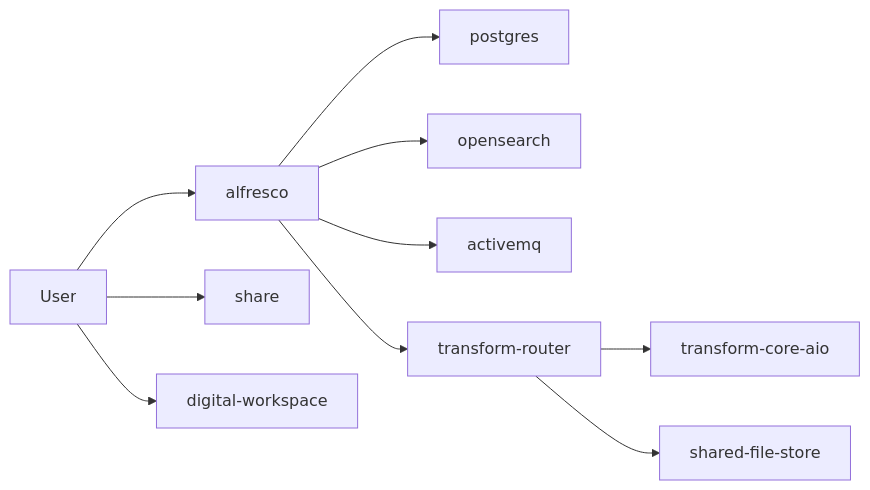
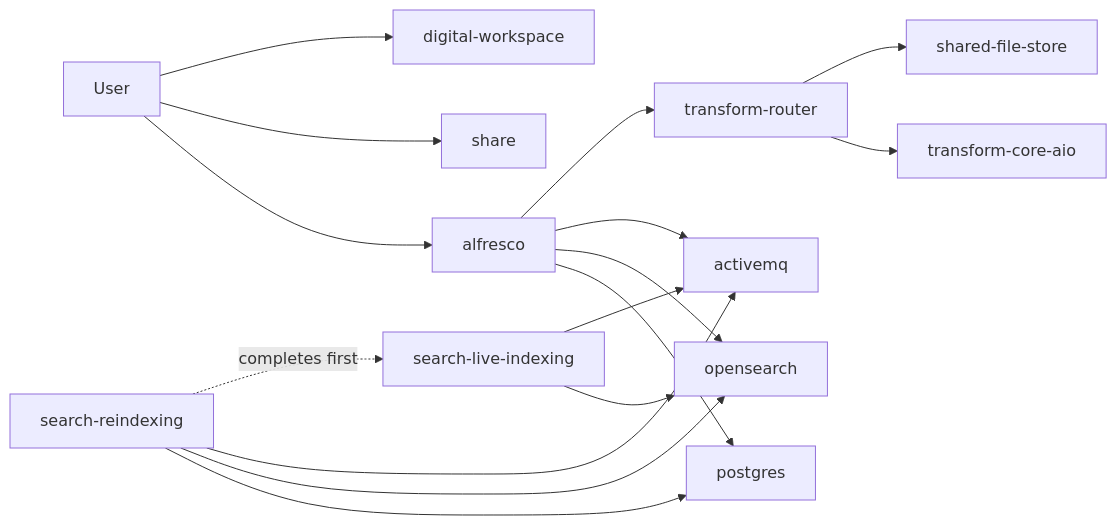
One commit to aborroy/alfresco-onprem-to-cloud-lab changed the sixth of 12 diagrams in README.md. Above: the diagram before and after it, drawn with Mermaid. The commit also changed other lines of this file, not shown here.

````diff
--- a/README.md
+++ b/README.md
@@ -305,12 +301,18 @@
 ```mermaid
 flowchart LR
   user["User"] --> repo["alfresco"]
   user --> share["share"]
   user --> adw["digital-workspace"]
   repo --> db["postgres"]
   repo --> os["opensearch"]
   repo --> mq["activemq"]
   repo --> tr["transform-router"]
   tr --> aio["transform-core-aio"]
   tr --> sfs["shared-file-store"]
+  reidx["search-reindexing"] --> db
+  reidx --> os
+  reidx --> mq
+  live["search-live-indexing"] --> os
+  live --> mq
+  reidx -. "completes first" .-> live
 ```
````
